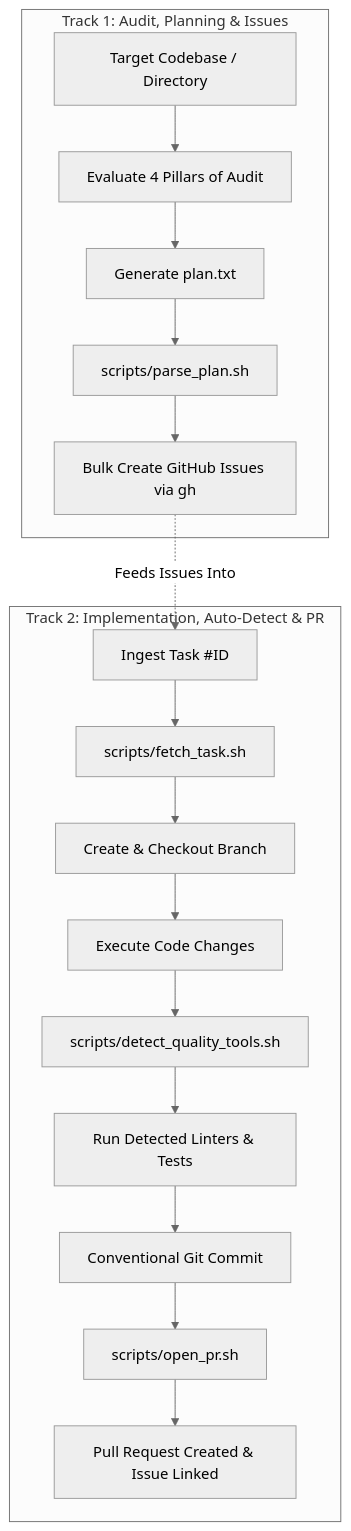
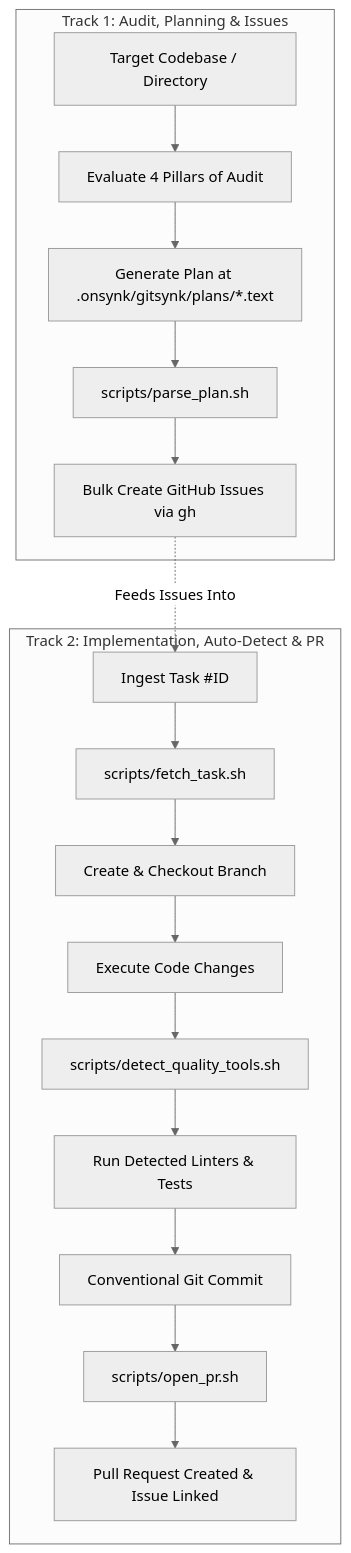
Before and after one commit to onsynk/gitsynk: the first of 2 diagrams in SKILL.md, drawn with Mermaid (neutral theme). The commit also changed other lines of this file and 5 other files, not shown here.

Commit message:
feat(plan): configure plan creation at .onsynk/gitsynk/plans/*.text

````diff
--- a/SKILL.md
+++ b/SKILL.md
@@ -15,22 +15,22 @@
 ```mermaid
 flowchart TD
     subgraph Track1 ["Track 1: Audit, Planning & Issues"]
         A[Target Codebase / Directory] --> B[Evaluate 4 Pillars of Audit]
-        B --> C[Generate plan.txt]
+        B --> C["Generate Plan at .onsynk/gitsynk/plans/*.text"]
         C --> D[scripts/parse_plan.sh]
         D --> E[Bulk Create GitHub Issues via gh]
     end
 
     subgraph Track2 ["Track 2: Implementation, Auto-Detect & PR"]
         F[Ingest Task #ID] --> G[scripts/fetch_task.sh]
         G --> H[Create & Checkout Branch]
         H --> I[Execute Code Changes]
         I --> J[scripts/detect_quality_tools.sh]
         J --> K[Run Detected Linters & Tests]
         K --> L[Conventional Git Commit]
         L --> M[scripts/open_pr.sh]
         M --> N[Pull Request Created & Issue Linked]
     end
 
     E -.->|Feeds Issues Into| F
 ```
````
